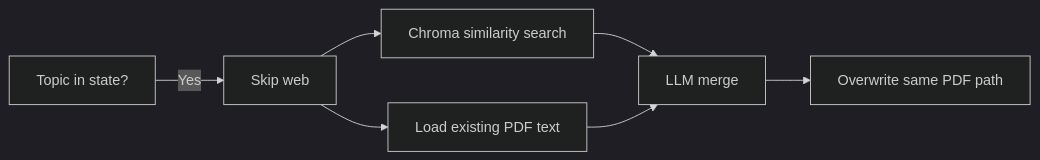
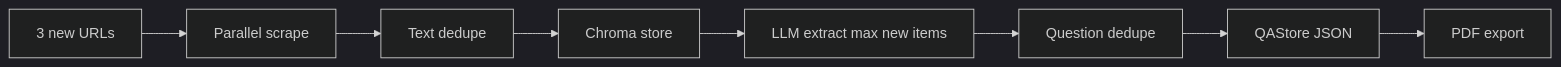
Before and after one commit to souravgupta2214/Agentic-RAG: the fifth of 14 diagrams in docs/END_TO_END_FLOW.md, drawn with Mermaid (dark theme). The commit also changed other lines of this file and 1 other file, not shown here.

````diff
--- a/docs/END_TO_END_FLOW.md
+++ b/docs/END_TO_END_FLOW.md
@@ -169,9 +182,10 @@
 ```mermaid
 flowchart LR
-    A["Topic in state?"] -->|Yes| B["Skip web"]
-    B --> C["Chroma similarity search"]
-    B --> D["Load existing PDF text"]
-    C --> E["LLM merge"]
-    D --> E
-    E --> F[Overwrite same PDF path]
+    A[3 new URLs] --> B[Parallel scrape]
+    B --> C[Text dedupe]
+    C --> D[Chroma store]
+    D --> E[LLM extract max new items]
+    E --> F[Question dedupe]
+    F --> G[QAStore JSON]
+    G --> H[PDF export]
 ```
````
